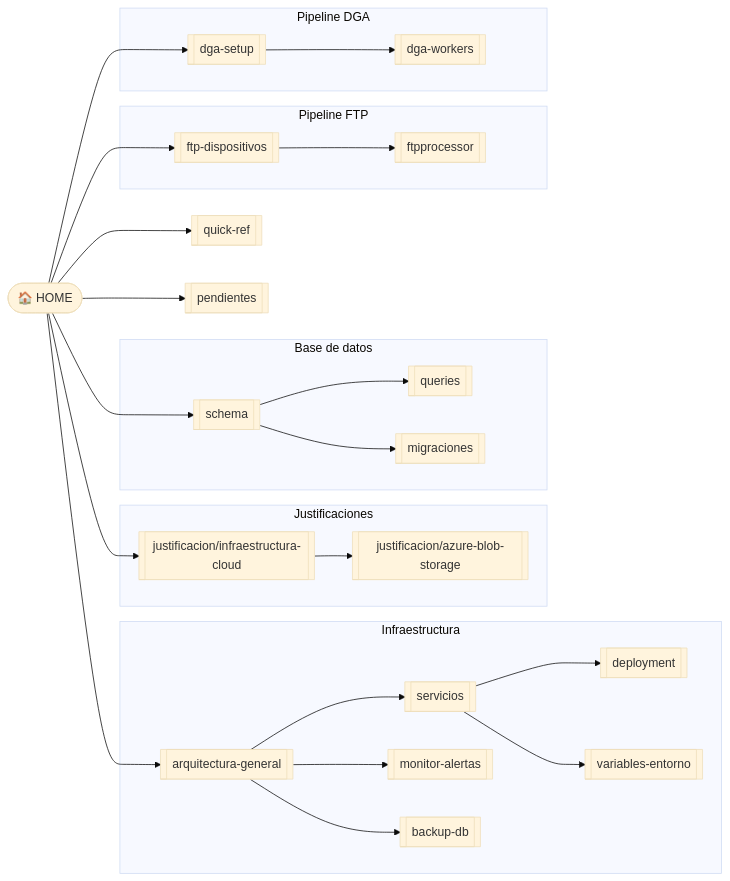
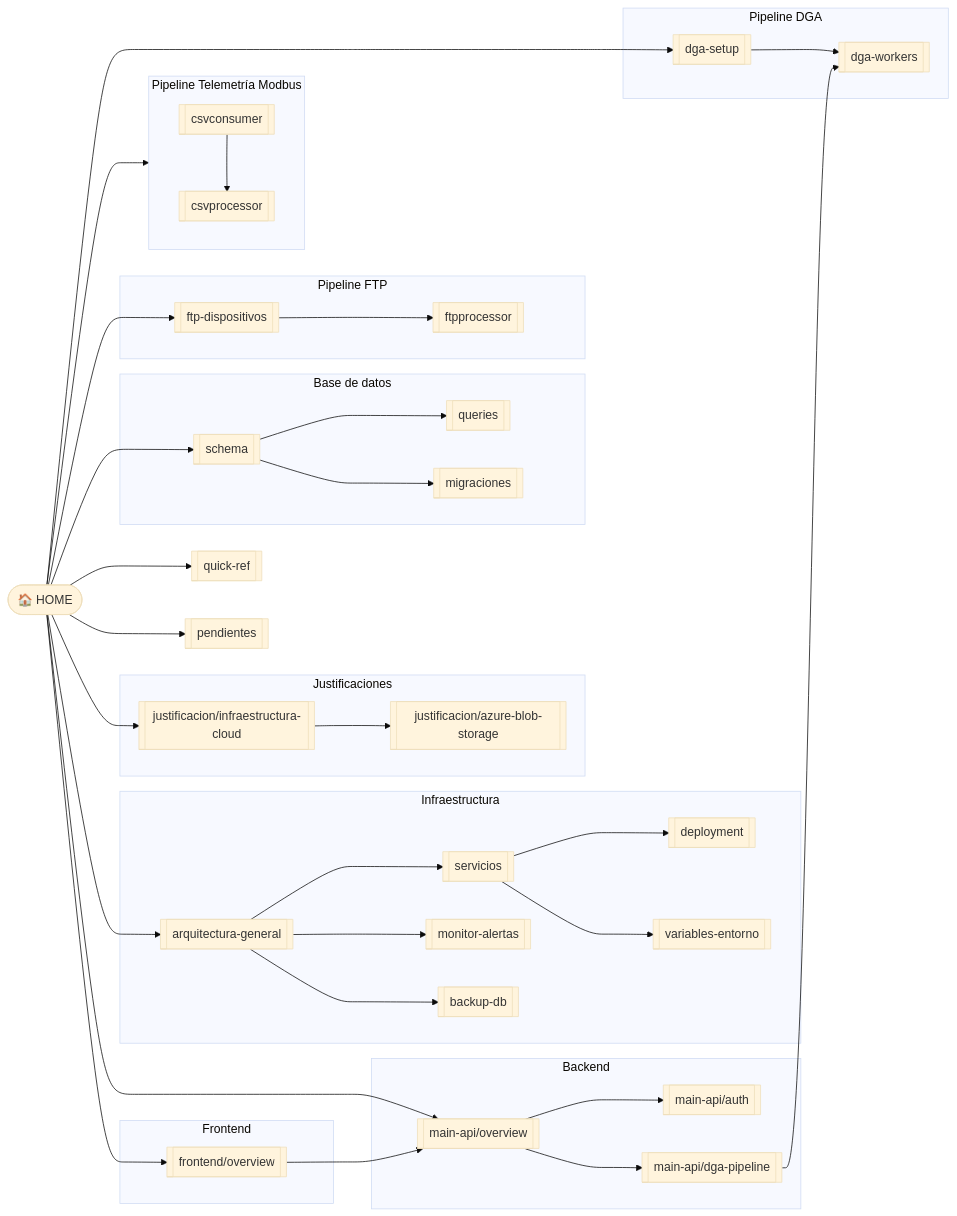
The first of 2 diagrams in docs/vault/HOME.md (druizd/emeltec3), drawn with Mermaid (base theme) before and after one commit. The commit also changed other lines of this file and 28 other files, not shown here.

````diff
--- a/docs/vault/HOME.md
+++ b/docs/vault/HOME.md
@@ -15,56 +15,79 @@
 ```mermaid
 graph LR
     HOME([🏠 HOME])
 
     subgraph INFRA [Infraestructura]
         ARQ[[arquitectura-general]]
         SVC[[servicios]]
         DEP[[deployment]]
         ENV[[variables-entorno]]
         MON[[monitor-alertas]]
         BCK[[backup-db]]
     end
 
     subgraph JUS [Justificaciones]
         JI[[justificacion/infraestructura-cloud]]
         JB[[justificacion/azure-blob-storage]]
     end
 
     subgraph DB [Base de datos]
         SCH[[schema]]
         QRY[[queries]]
         MIG[[migraciones]]
     end
 
     subgraph FTP [Pipeline FTP]
         FD[[ftp-dispositivos]]
         FP[[ftpprocessor]]
     end
 
+    subgraph TEL [Pipeline Telemetría Modbus]
+        CC[[csvconsumer]]
+        CP[[csvprocessor]]
+    end
+
     subgraph DGA [Pipeline DGA]
         DS[[dga-setup]]
         DW[[dga-workers]]
+    end
+
+    subgraph BACK [Backend]
+        MA[[main-api/overview]]
+        AUTH[[main-api/auth]]
+        MDGA[[main-api/dga-pipeline]]
+    end
+
+    subgraph FRONT [Frontend]
+        FE[[frontend/overview]]
     end
 
     REF[[quick-ref]]
     PEN[[pendientes]]
 
     HOME --> ARQ
     HOME --> JI
     HOME --> SCH
     HOME --> FD
+    HOME --> TEL
     HOME --> DS
+    HOME --> MA
+    HOME --> FE
     HOME --> REF
     HOME --> PEN
 
     ARQ --> SVC
     ARQ --> MON
     ARQ --> BCK
     JI --> JB
     SVC --> DEP
     SVC --> ENV
     SCH --> QRY
     SCH --> MIG
     FD --> FP
+    CC --> CP
     DS --> DW
+    MA --> AUTH
+    MA --> MDGA
+    MDGA --> DW
+    FE --> MA
 ```
````
